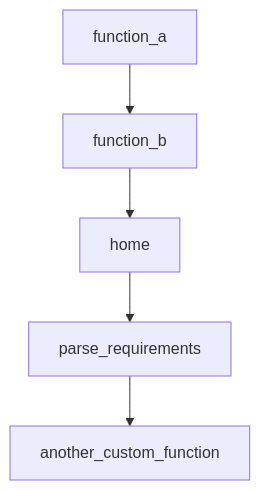
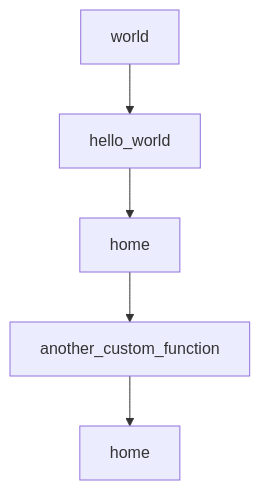
One commit to johnxie/awesome-code-docs changed the diagram in tutorials/babyagi-tutorial/01-getting-started.md. Above: the diagram before and after it, drawn with Mermaid. The commit also changed other lines of this file and 1232 other files, not shown here.

````diff
--- a/tutorials/babyagi-tutorial/01-getting-started.md
+++ b/tutorials/babyagi-tutorial/01-getting-started.md
@@ -160,12 +140,12 @@
 ```mermaid
 flowchart TD
-    A[function_a]
-    B[function_b]
+    A[world]
+    B[hello_world]
     C[home]
-    D[parse_requirements]
-    E[another_custom_function]
+    D[another_custom_function]
+    E[home]
     A --> B
     B --> C
     C --> D
     D --> E
 ```
````
